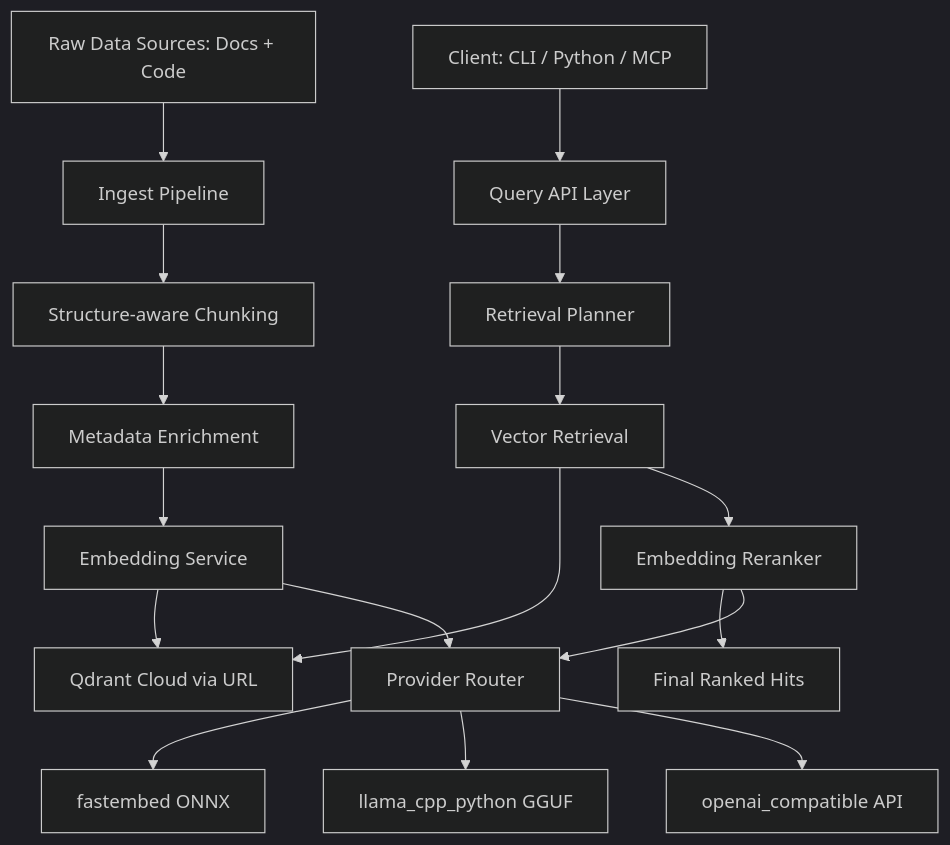
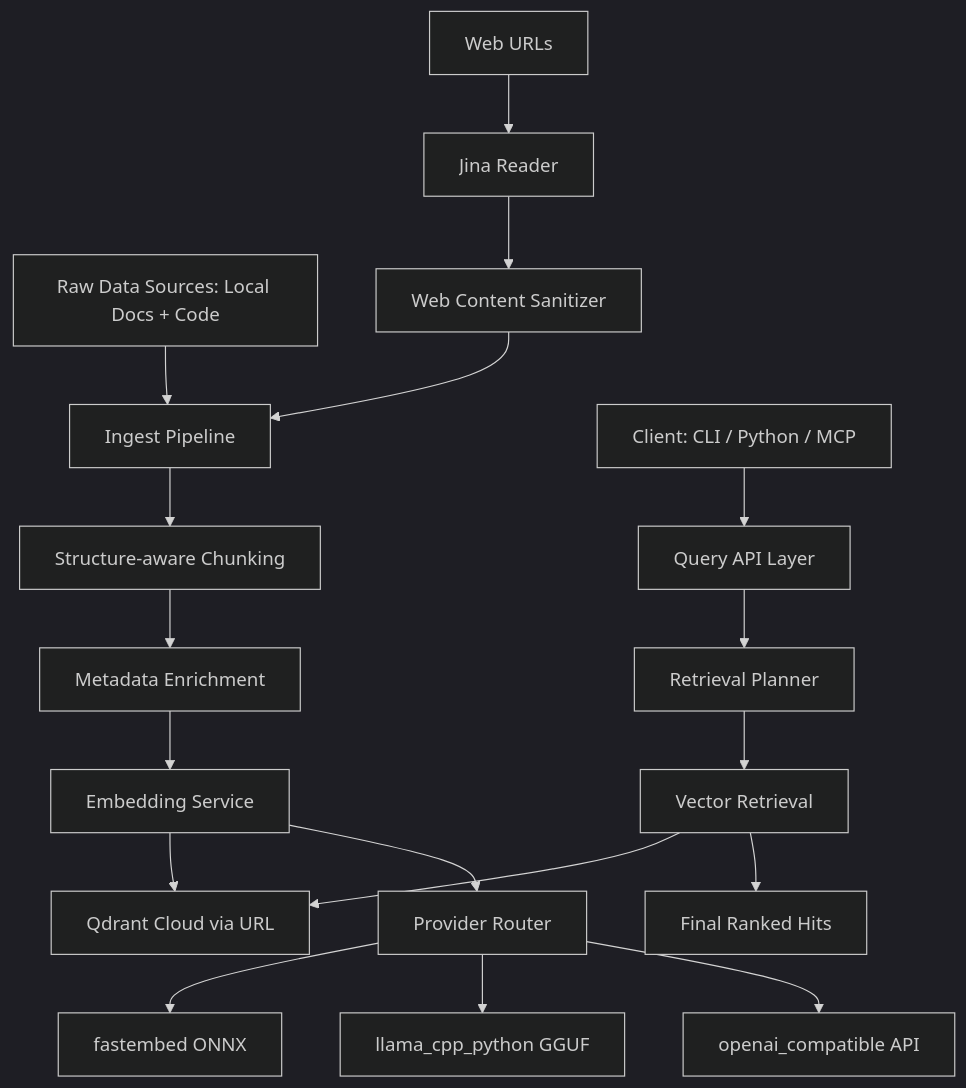
One commit to kelasdev/agentRAG changed the first of 3 diagrams in PRD.md. Above: the diagram before and after it, drawn with Mermaid (dark theme). The commit also changed other lines of this file and 17 other files, not shown here.

````diff
--- a/PRD.md
+++ b/PRD.md
@@ -595,24 +596,25 @@
 ```mermaid
 
 graph TD
 
-    A[Raw Data Sources: Docs + Code] --> B[Ingest Pipeline]
+    A[Raw Data Sources: Local Docs + Code] --> B[Ingest Pipeline]
+    W[Web URLs] --> JR[Jina Reader]
+    JR --> S[Web Content Sanitizer]
+    S --> B
     B --> C[Structure-aware Chunking]
     C --> D[Metadata Enrichment]
     D --> E[Embedding Service]
     E --> F[Qdrant Cloud via URL]
 
     U[Client: CLI / Python / MCP] --> G[Query API Layer]
     G --> H[Retrieval Planner]
     H --> I[Vector Retrieval]
     I --> F
-    I --> J[Embedding Reranker]
-    J --> K[Final Ranked Hits]
+    I --> K[Final Ranked Hits]
 
     E --> P[Provider Router]
-    J --> P
     P --> P1[fastembed ONNX]
     P --> P2[llama_cpp_python GGUF]
     P --> P3[openai_compatible API]
 
 ```
````
